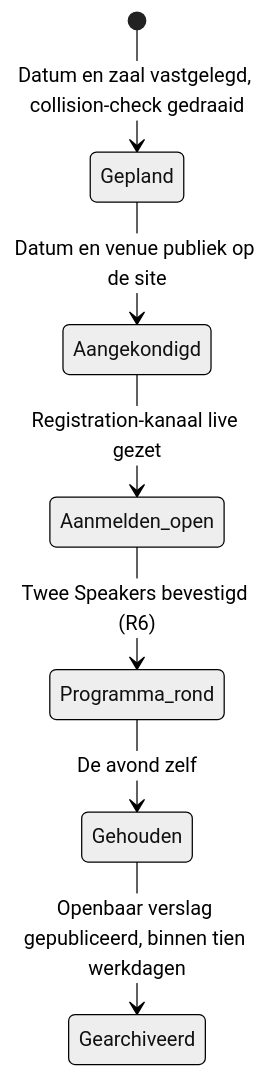
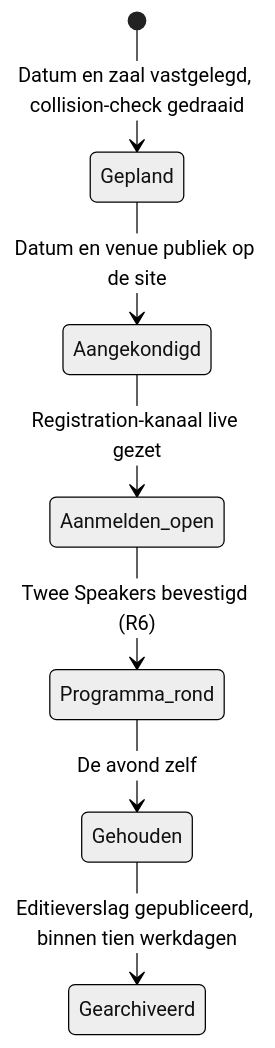
One commit to webgrip/twente.dev changed the diagram in docs/domain/entities.md. Above: the diagram before and after it, drawn with Mermaid (neutral theme). The commit also changed 6 other files, not shown here.

````diff
--- a/docs/domain/entities.md
+++ b/docs/domain/entities.md
@@ -25,9 +25,9 @@
 ```mermaid
 stateDiagram-v2
     [*] --> Gepland : Datum en zaal vastgelegd, collision-check gedraaid
     Gepland --> Aangekondigd : Datum en venue publiek op de site
     Aangekondigd --> Aanmelden_open : Registration-kanaal live gezet
     Aanmelden_open --> Programma_rond : Twee Speakers bevestigd (R6)
     Programma_rond --> Gehouden : De avond zelf
-    Gehouden --> Gearchiveerd : Openbaar verslag gepubliceerd, binnen tien werkdagen
+    Gehouden --> Gearchiveerd : Editieverslag gepubliceerd, binnen tien werkdagen
 ```
````
